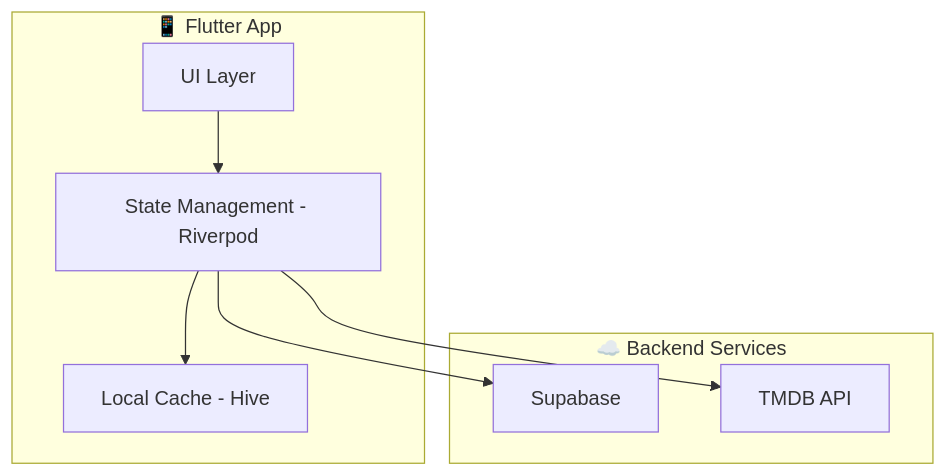
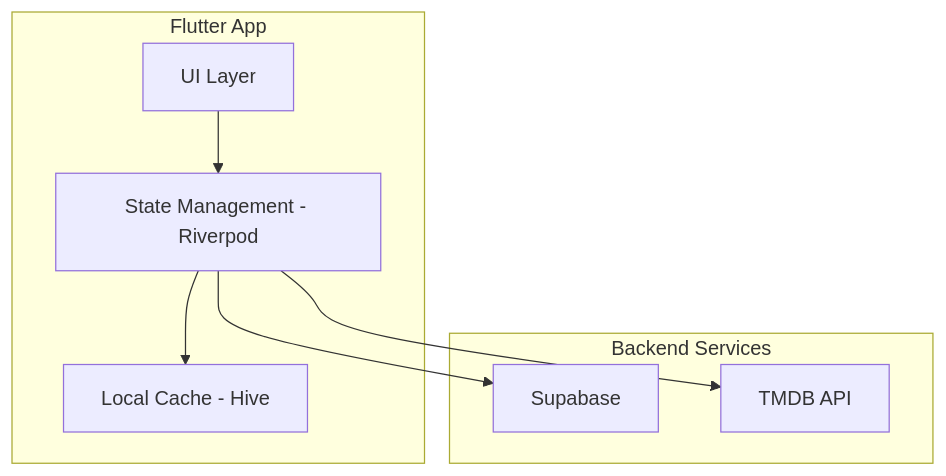
The diagram in README.md (J-Derek/pickd), drawn with Mermaid before and after one commit. The commit also changed other lines of this file and 4 other files, not shown here.

````diff
--- a/README.md
+++ b/README.md
@@ -165,18 +174,18 @@
 ```mermaid
 graph TB
-    subgraph Frontend [📱 Flutter App]
+    subgraph Frontend [Flutter App]
         UI[UI Layer]
         State[State Management - Riverpod]
         Local[Local Cache - Hive]
     end
     
-    subgraph Backend [☁️ Backend Services]
+    subgraph Backend [Backend Services]
         Supa[Supabase]
         TMDB[TMDB API]
     end
     
     UI --> State
     State --> Local
     State --> Supa
     State --> TMDB
 ```
````
